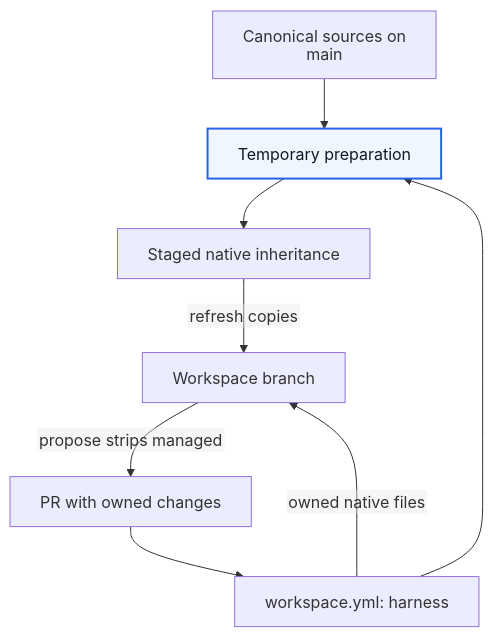
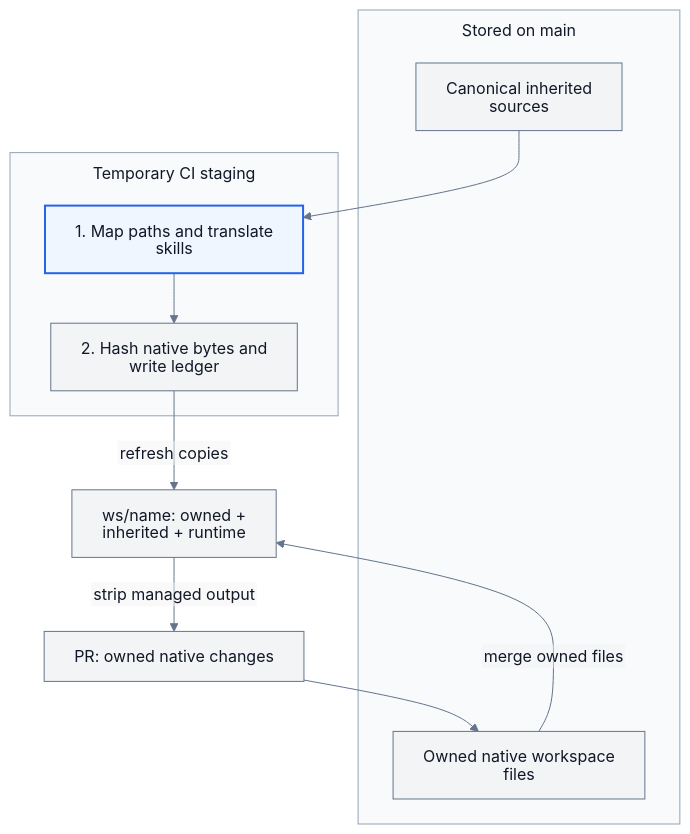
The diagram in docs/design.md (Northeastern-Electric-Racing/Delphi), drawn with Mermaid before and after one commit. The commit also changed other lines of this file, not shown here.

Commit message:
Clarify when workspace context is translated

````diff
--- a/docs/design.md
+++ b/docs/design.md
@@ -130,17 +130,39 @@
 ```mermaid
 ---
 config:
+  theme: base
   htmlLabels: false
+  fontSize: 16
+  themeVariables:
+    primaryColor: '#f3f4f6'
+    primaryTextColor: '#111827'
+    primaryBorderColor: '#64748b'
+    nodeTextColor: '#111827'
+    clusterBkg: '#f8fafc'
+    clusterBorder: '#94a3b8'
+    titleColor: '#111827'
+    lineColor: '#64748b'
+    edgeLabelBackground: '#f3f4f6'
   flowchart:
     htmlLabels: false
+    subGraphTitleMargin:
+      top: 10
+      bottom: 18
 ---
 flowchart TD
-    S["Canonical sources on main"] --> R["Temporary preparation"]
-    W["workspace.yml: harness"] --> R
-    R --> T["Staged native inheritance"]
-    T -->|"refresh copies"| B["Workspace branch"]
-    W -->|"owned native files"| B
-    B -->|"propose strips managed"| P["PR with owned changes"]
-    P --> W
-    style R fill:#eff6ff,stroke:#2563eb,color:#111827,stroke-width:2px
+    subgraph MAIN["Stored on main"]
+        S["Canonical inherited sources"]
+        O["Owned native workspace files"]
+    end
+    subgraph CI["Temporary CI staging"]
+        T["1. Map paths and translate skills"]
+        H["2. Hash native bytes and write ledger"]
+        T --> H
+    end
+    S --> T
+    H -->|"refresh copies"| B["ws/name: owned + inherited + runtime"]
+    O -->|"merge owned files"| B
+    B -->|"strip managed output"| P["PR: owned native changes"]
+    P --> O
+    style T fill:#eff6ff,stroke:#2563eb,color:#111827,stroke-width:2px
 ```
````
